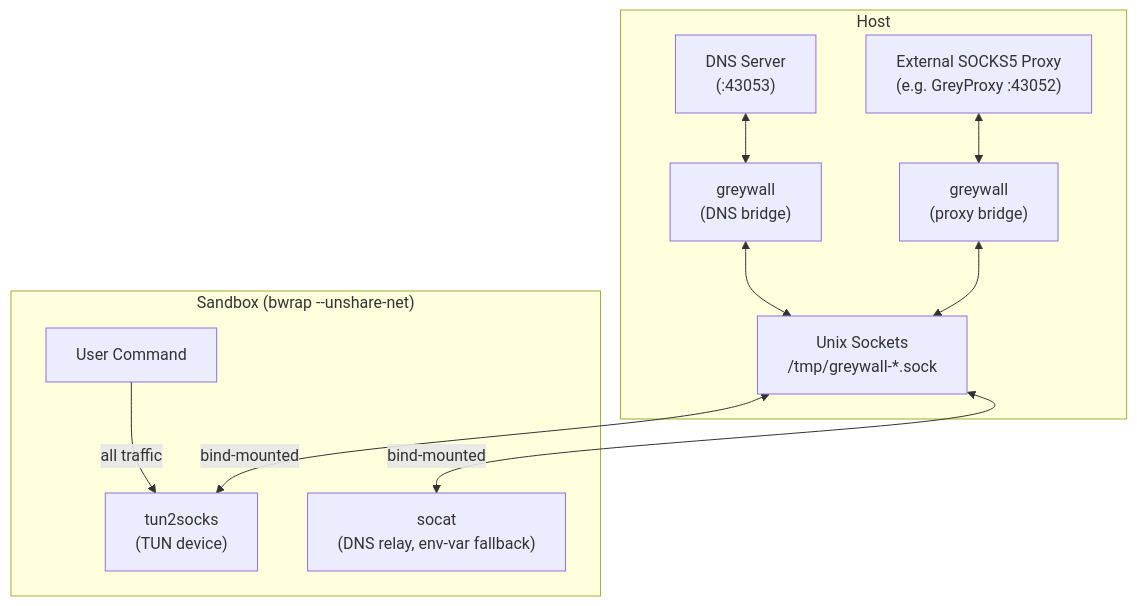
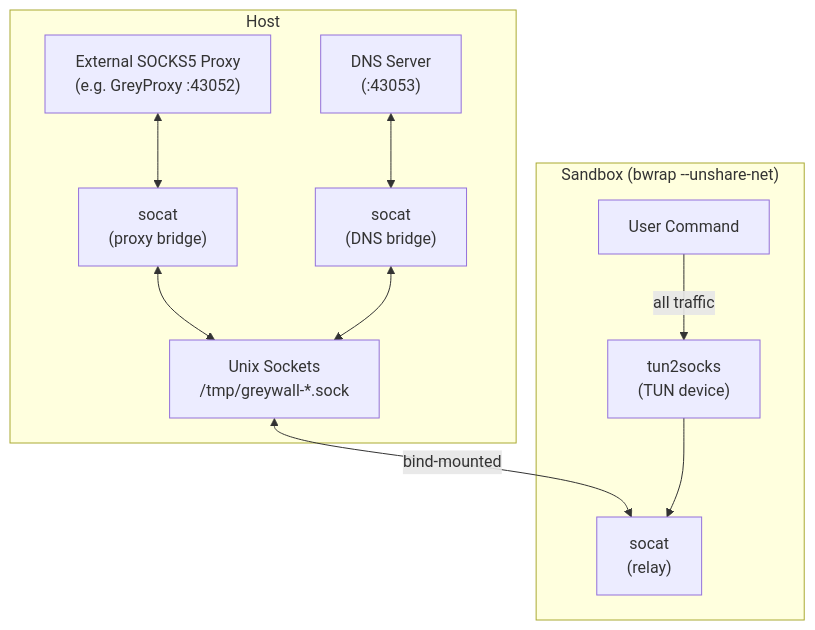
Before and after one commit to Androlax2/greywall: the third of 5 diagrams in ARCHITECTURE.md, drawn with Mermaid. The commit also changed other lines of this file and 4 other files, not shown here.

First line of the commit message:
revert(linux): restore socat bridges instead of custom relay

````diff
--- a/ARCHITECTURE.md
+++ b/ARCHITECTURE.md
@@ -166,24 +166,24 @@
 ```mermaid
 flowchart TB
     subgraph Host
         PROXY["External SOCKS5 Proxy<br/>(e.g. GreyProxy :43052)"]
         DNS["DNS Server<br/>(:43053)"]
-        PSOCAT["greywall<br/>(proxy bridge)"]
-        DSOCAT["greywall<br/>(DNS bridge)"]
+        PSOCAT["socat<br/>(proxy bridge)"]
+        DSOCAT["socat<br/>(DNS bridge)"]
         USOCK["Unix Sockets<br/>/tmp/greywall-*.sock"]
     end
 
     subgraph Sandbox ["Sandbox (bwrap --unshare-net)"]
         CMD["User Command"]
         TUN["tun2socks<br/>(TUN device)"]
-        ISOCAT["socat<br/>(DNS relay, env-var fallback)"]
+        ISOCAT["socat<br/>(relay)"]
     end
 
     PROXY <--> PSOCAT
     DNS <--> DSOCAT
     PSOCAT <--> USOCK
     DSOCAT <--> USOCK
     USOCK <-->|bind-mounted| ISOCAT
-    USOCK <-->|bind-mounted| TUN
     CMD -->|all traffic| TUN
+    TUN --> ISOCAT
 ```
````
